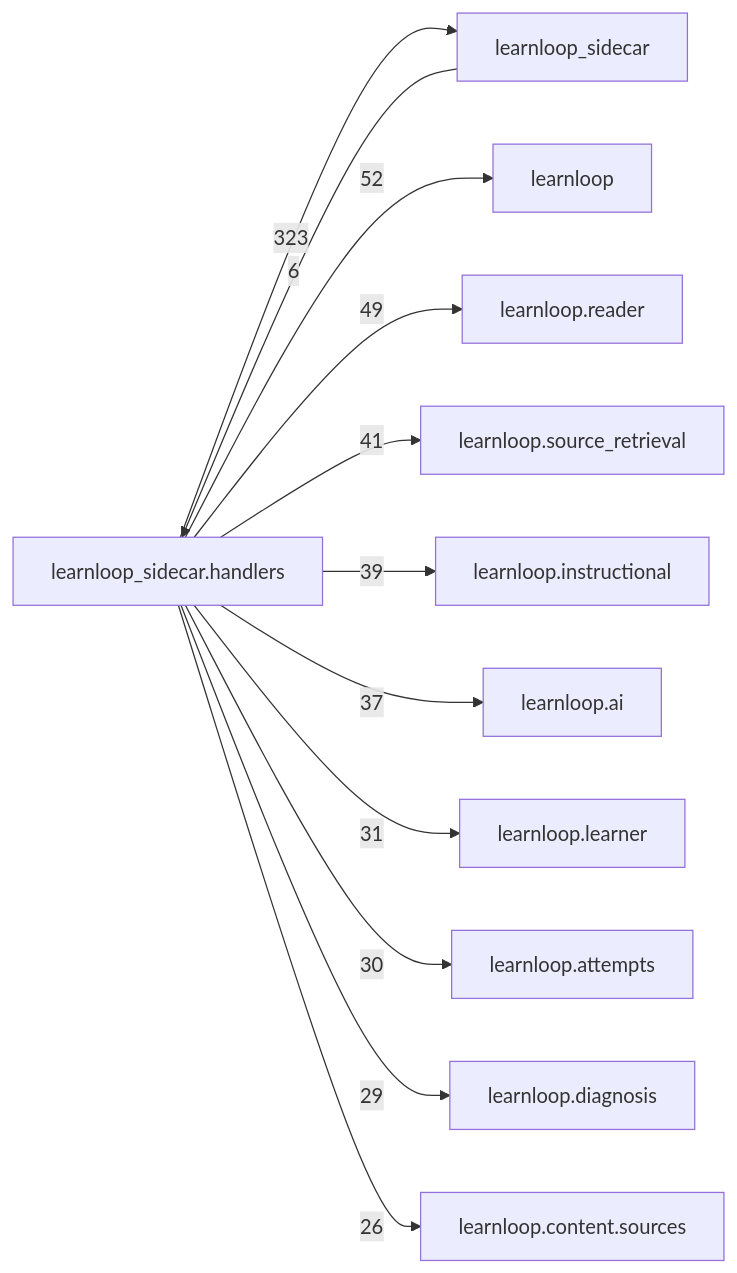
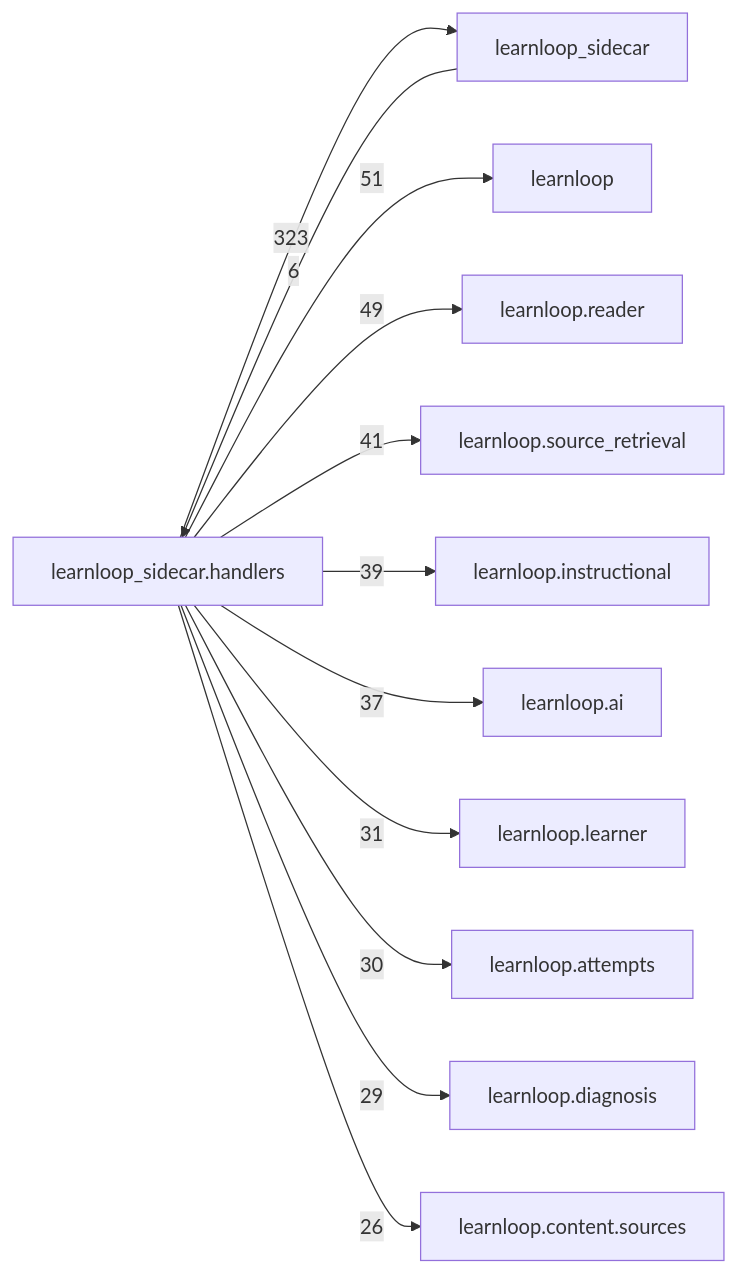
The diagram in docs/learnloop-architecture-vault/Reference/Modules/learnloop_sidecar/handlers/_package.md (6up-b/learnanything), drawn with Mermaid before and after one commit. The commit also changed other lines of this file and 41 other files, not shown here.

````diff
--- a/docs/learnloop-architecture-vault/Reference/Modules/learnloop_sidecar/handlers/_package.md
+++ b/docs/learnloop-architecture-vault/Reference/Modules/learnloop_sidecar/handlers/_package.md
@@ -260,25 +260,25 @@
 ```mermaid
 flowchart LR
     center["learnloop_sidecar.handlers"]
     n_learnloop_sidecar["learnloop_sidecar"]
     n_learnloop["learnloop"]
     n_learnloop_reader["learnloop.reader"]
     n_learnloop_source_retrieval["learnloop.source_retrieval"]
     n_learnloop_instructional["learnloop.instructional"]
     n_learnloop_ai["learnloop.ai"]
     n_learnloop_learner["learnloop.learner"]
     n_learnloop_attempts["learnloop.attempts"]
     n_learnloop_diagnosis["learnloop.diagnosis"]
     n_learnloop_content_sources["learnloop.content.sources"]
     n_learnloop_sidecar -->|6| center
     center -->|323| n_learnloop_sidecar
-    center -->|52| n_learnloop
+    center -->|51| n_learnloop
     center -->|49| n_learnloop_reader
     center -->|41| n_learnloop_source_retrieval
     center -->|39| n_learnloop_instructional
     center -->|37| n_learnloop_ai
     center -->|31| n_learnloop_learner
     center -->|30| n_learnloop_attempts
     center -->|29| n_learnloop_diagnosis
     center -->|26| n_learnloop_content_sources
 ```
````
